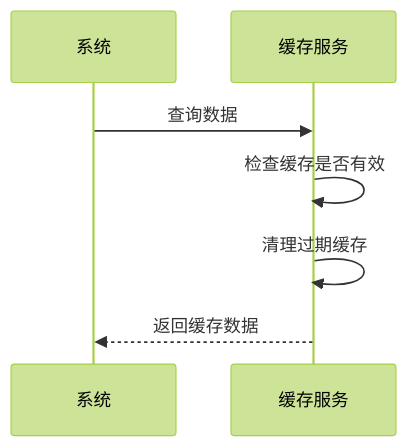
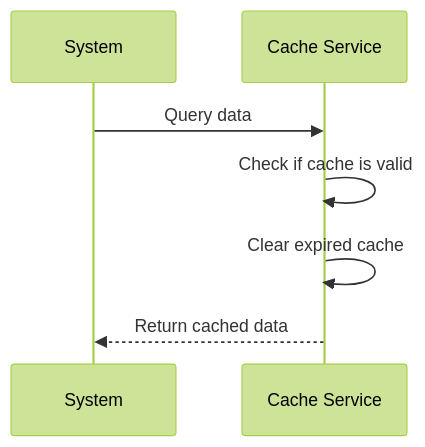
One commit to sleetish/md2visio-gui changed the third of 5 diagrams in md2visio/test/sequence.md. Above: the diagram before and after it, drawn with Mermaid (forest theme). The commit also changed other lines of this file and 11 other files, not shown here.

````diff
--- a/md2visio/test/sequence.md
+++ b/md2visio/test/sequence.md
@@ -62,10 +62,10 @@
 ```mermaid
 sequenceDiagram
-    participant sys as 系统
-    participant cache as 缓存服务
+    participant sys as System
+    participant cache as Cache Service
 
-    sys->>cache: 查询数据
-    cache->>cache: 检查缓存是否有效
-    cache->>cache: 清理过期缓存
-    cache-->>sys: 返回缓存数据
+    sys->>cache: Query data
+    cache->>cache: Check if cache is valid
+    cache->>cache: Clear expired cache
+    cache-->>sys: Return cached data
 ```
````
